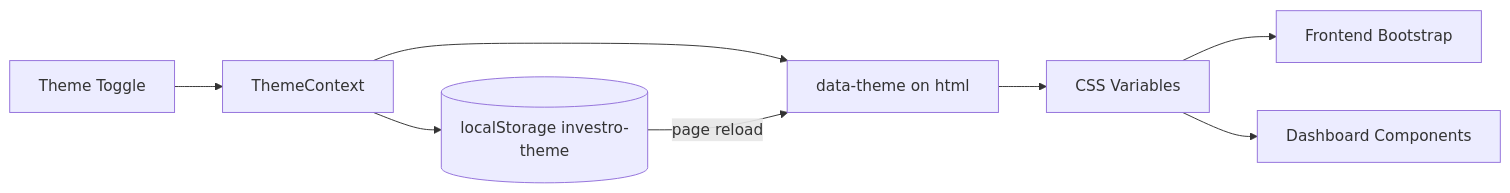
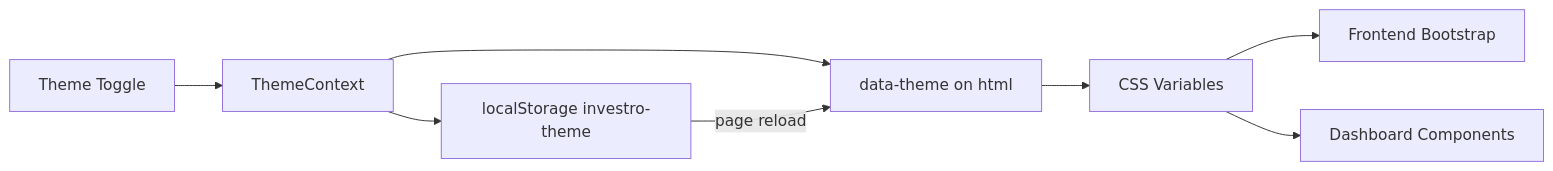
The sixth of 6 diagrams in README.md (rajayush6200/investro), drawn with Mermaid before and after one commit. The commit also changed other lines of this file, not shown here.

````diff
--- a/README.md
+++ b/README.md
@@ -395,10 +395,10 @@
 ```mermaid
 flowchart LR
-    T[Theme Toggle] --> C[ThemeContext]
-    C --> LS[(localStorage investro-theme)]
-    C --> DOM[data-theme on html]
-    DOM --> CSS[CSS Variables]
-    CSS --> FE[Frontend Bootstrap]
-    CSS --> DB[Dashboard Components]
+    T["Theme Toggle"] --> C["ThemeContext"]
+    C --> LS["localStorage investro-theme"]
+    C --> DOM["data-theme on html"]
+    DOM --> CSS["CSS Variables"]
+    CSS --> FE["Frontend Bootstrap"]
+    CSS --> DASH["Dashboard Components"]
     LS -->|page reload| DOM
 ```
````
